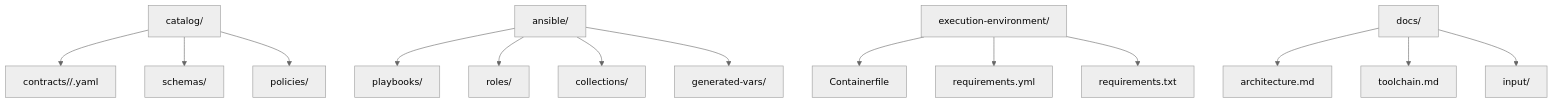
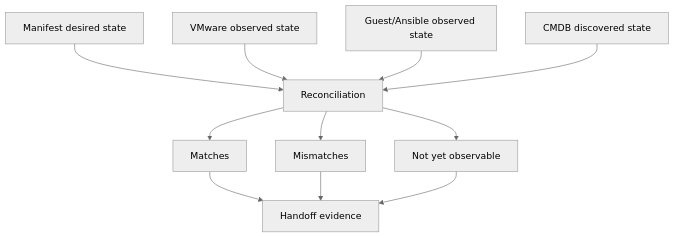
One commit to KhalilGibrotha/pipeline-playground changed the third of 3 diagrams in docs/architecture.md. Above: the diagram before and after it, drawn with Mermaid (neutral theme). The commit also changed other lines of this file and 28 other files, not shown here.

````diff
--- a/docs/architecture.md
+++ b/docs/architecture.md
@@ -46,19 +104,13 @@
 ```mermaid
 flowchart TD
-    A["catalog/"] --> A1["contracts/<domain>/<contract>.yaml"]
-    A --> A2["schemas/"]
-    A --> A3["policies/"]
-
-    B["ansible/"] --> B1["playbooks/"]
-    B --> B2["roles/"]
-    B --> B3["collections/"]
-    B --> B4["generated-vars/"]
-
-    C["execution-environment/"] --> C1["Containerfile"]
-    C --> C2["requirements.yml"]
-    C --> C3["requirements.txt"]
-
-    D["docs/"] --> D1["architecture.md"]
-    D --> D2["toolchain.md"]
-    D --> D3["input/"]
+    A["Manifest desired state"] --> R["Reconciliation"]
+    B["VMware observed state"] --> R
+    C["Guest/Ansible observed state"] --> R
+    D["CMDB discovered state"] --> R
+    R --> E["Matches"]
+    R --> F["Mismatches"]
+    R --> G["Not yet observable"]
+    E --> H["Handoff evidence"]
+    F --> H
+    G --> H
 ```
````
